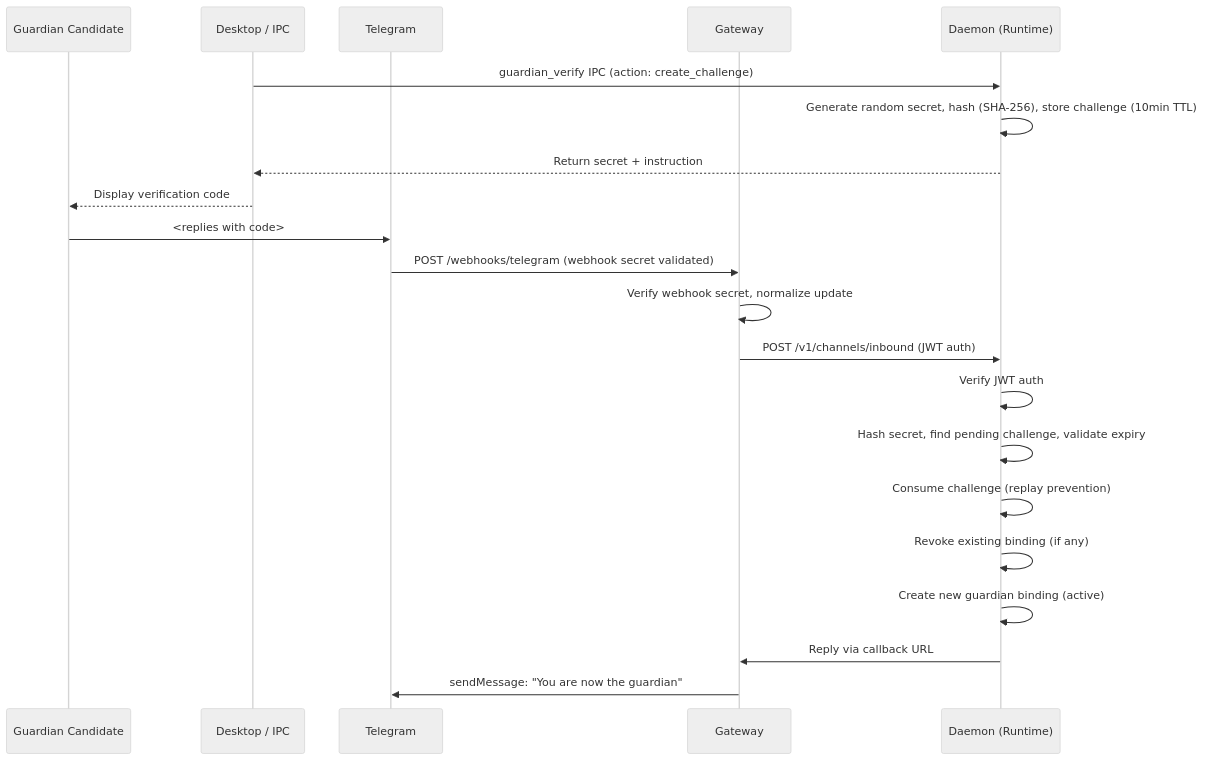
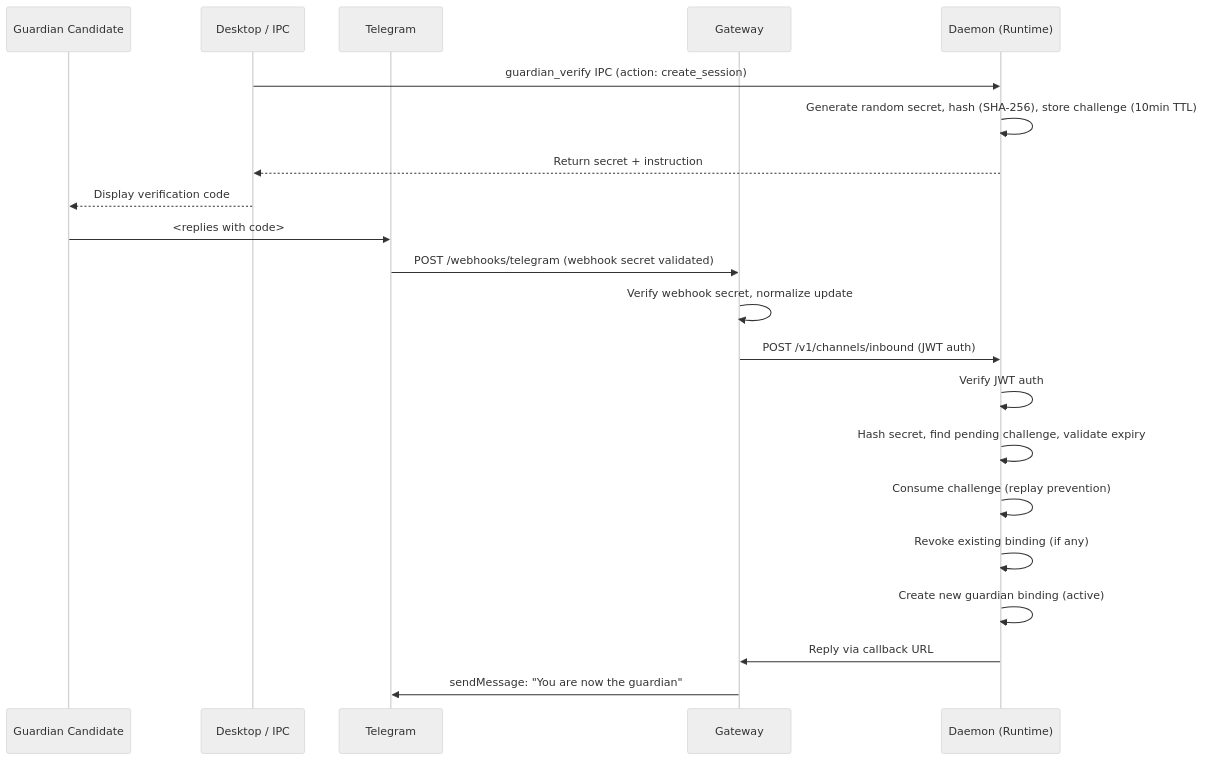
Before and after one commit to vellum-ai/vellum-assistant: the first of 6 diagrams in gateway/ARCHITECTURE.md, drawn with Mermaid (neutral theme). The commit also changed other lines of this file and 6 other files, not shown here.

Commit message:
docs: update guardian API documentation for unified session endpoints

````diff
--- a/gateway/ARCHITECTURE.md
+++ b/gateway/ARCHITECTURE.md
@@ -385,24 +384,24 @@
 ```mermaid
 sequenceDiagram
     participant User as Guardian Candidate
     participant Desktop as Desktop / IPC
     participant TG as Telegram
     participant GW as Gateway
     participant Daemon as Daemon (Runtime)
 
-    Desktop->>Daemon: guardian_verify IPC (action: create_challenge)
+    Desktop->>Daemon: guardian_verify IPC (action: create_session)
     Daemon->>Daemon: Generate random secret, hash (SHA-256), store challenge (10min TTL)
     Daemon-->>Desktop: Return secret + instruction
     Desktop-->>User: Display verification code
     User->>TG: <replies with code>
     TG->>GW: POST /webhooks/telegram (webhook secret validated)
     GW->>GW: Verify webhook secret, normalize update
     GW->>Daemon: POST /v1/channels/inbound (JWT auth)
     Daemon->>Daemon: Verify JWT auth
     Daemon->>Daemon: Hash secret, find pending challenge, validate expiry
     Daemon->>Daemon: Consume challenge (replay prevention)
     Daemon->>Daemon: Revoke existing binding (if any)
     Daemon->>Daemon: Create new guardian binding (active)
     Daemon->>GW: Reply via callback URL
     GW->>TG: sendMessage: "You are now the guardian"
 ```
````
